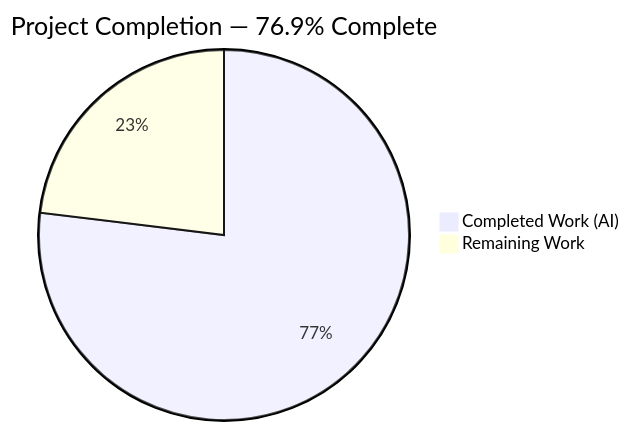
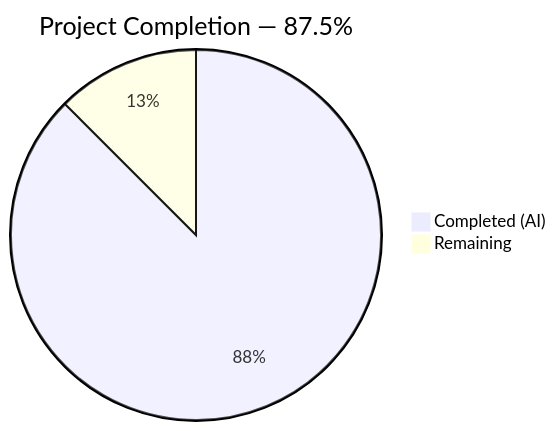
One commit to Sandeep04-git/01-Existing-product-03-march changed the first of 2 diagrams in blitzy/documentation/Project Guide.md. Above: the diagram before and after it, drawn with Mermaid. The commit also changed other lines of this file, not shown here.

Commit message:
Adding Blitzy Project Guide: Project Status and Human Tasks Remaining

````diff
--- a/blitzy/documentation/Project Guide.md
+++ b/blitzy/documentation/Project Guide.md
@@ -13,5 +11,5 @@
 ```mermaid
-pie title Project Completion — 76.9% Complete
-    "Completed Work (AI)" : 5.0
-    "Remaining Work" : 1.5
+pie title Project Completion — 87.5%
+    "Completed (AI)" : 7
+    "Remaining" : 1
 ```
````
